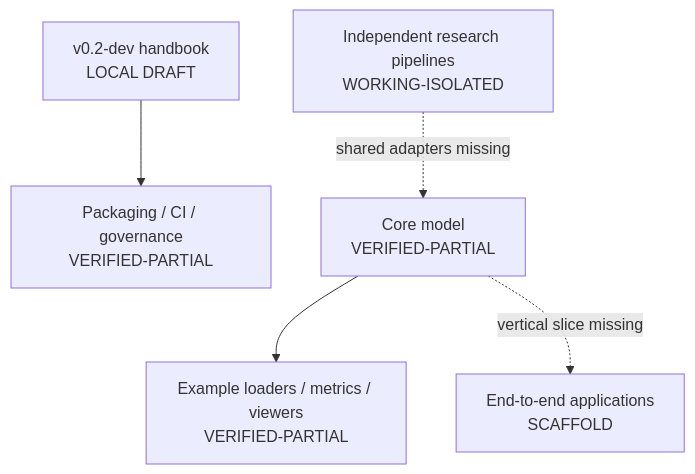
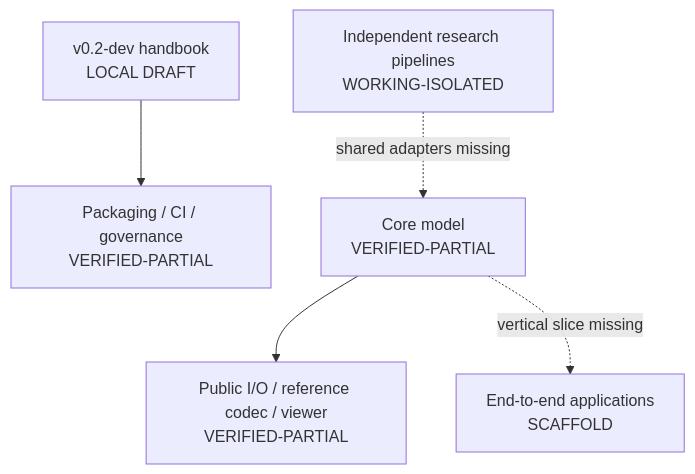
One commit to open4dfoundation/Open4D changed the diagram in docs/handbook/v0.2-dev/implementation-status.md. Above: the diagram before and after it, drawn with Mermaid. The commit also changed other lines of this file and 50 other files, not shown here.

Commit message:
Add modular sequence codec and visualization APIs

````diff
--- a/docs/handbook/v0.2-dev/implementation-status.md
+++ b/docs/handbook/v0.2-dev/implementation-status.md
@@ -10,14 +10,14 @@
 ```mermaid
 flowchart TB
     Handbook["v0.2-dev handbook<br/>LOCAL DRAFT"]
     P0["Packaging / CI / governance<br/>VERIFIED-PARTIAL"]
     Core["Core model<br/>VERIFIED-PARTIAL"]
-    Examples["Example loaders / metrics / viewers<br/>VERIFIED-PARTIAL"]
+    Examples["Public I/O / reference codec / viewer<br/>VERIFIED-PARTIAL"]
     Apps["End-to-end applications<br/>SCAFFOLD"]
     Research["Independent research pipelines<br/>WORKING-ISOLATED"]
 
     Handbook --> P0
     Core --> Examples
     Research -. "shared adapters missing" .-> Core
     Core -. "vertical slice missing" .-> Apps
 ```
````
